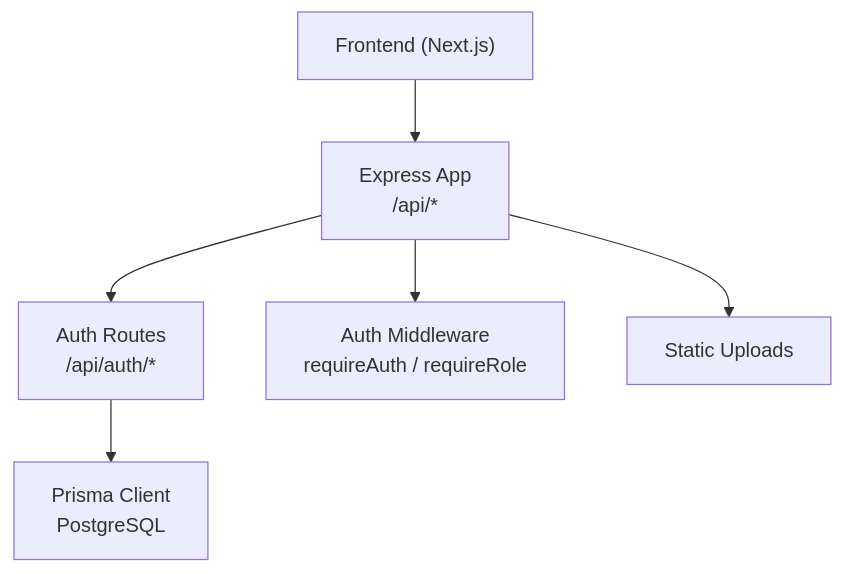
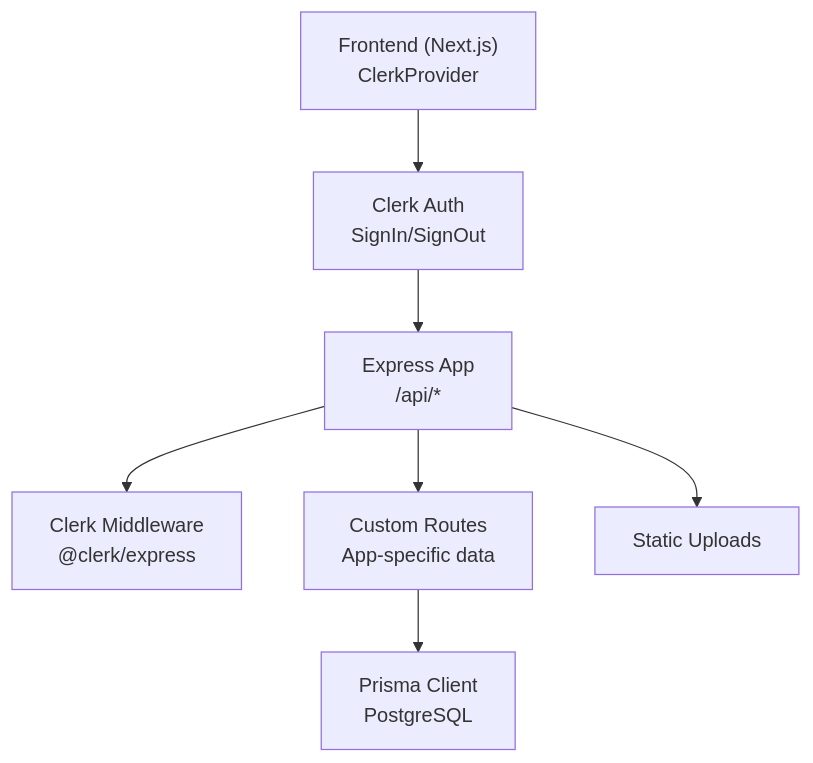
Before and after one commit to ZandileMkontwana/olympiad-portal: the first of 3 diagrams in .qoder/repowiki/en/content/Authentication & Authorization/Authentication & Authorization.md, drawn with Mermaid. The commit also changed other lines of this file and 16 other files, not shown here.

Commit message:
fix: test(backend): update tests for Clerk auth and Supabase storage

````diff
--- a/.qoder/repowiki/en/content/Authentication & Authorization/Authentication & Authorization.md
+++ b/.qoder/repowiki/en/content/Authentication & Authorization/Authentication & Authorization.md
@@ -44,8 +54,9 @@
 ```mermaid
 graph TB
-FE["Frontend (Next.js)"] --> API["Express App<br/>/api/*"]
-API --> AUTH["Auth Routes<br/>/api/auth/*"]
-API --> MIDDLEWARE["Auth Middleware<br/>requireAuth / requireRole"]
+FE["Frontend (Next.js)<br/>ClerkProvider"] --> CLERK["Clerk Auth<br/>SignIn/SignOut"]
+CLERK --> API["Express App<br/>/api/*"]
+API --> CLERKMID["Clerk Middleware<br/>@clerk/express"]
+API --> AUTH["Custom Routes<br/>App-specific data"]
 AUTH --> DB["Prisma Client<br/>PostgreSQL"]
 API --> STATIC["Static Uploads"]
 ```
````
